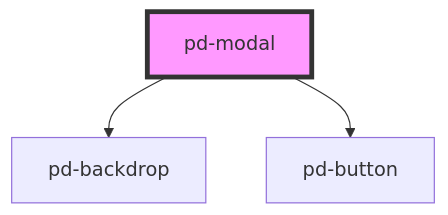
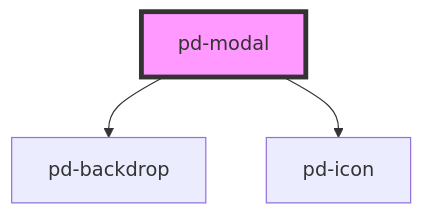
Before and after one commit to Lambda-IT/parlamentsdienste-components: the diagram in src/components/pd-modal/readme.md, drawn with Mermaid. The commit also changed other lines of this file and 10 other files, not shown here.

````diff
--- a/src/components/pd-modal/readme.md
+++ b/src/components/pd-modal/readme.md
@@ -46,6 +64,6 @@
 ```mermaid
 graph TD;
   pd-modal --> pd-backdrop
-  pd-modal --> pd-button
+  pd-modal --> pd-icon
   style pd-modal fill:#f9f,stroke:#333,stroke-width:4px
 ```
````
